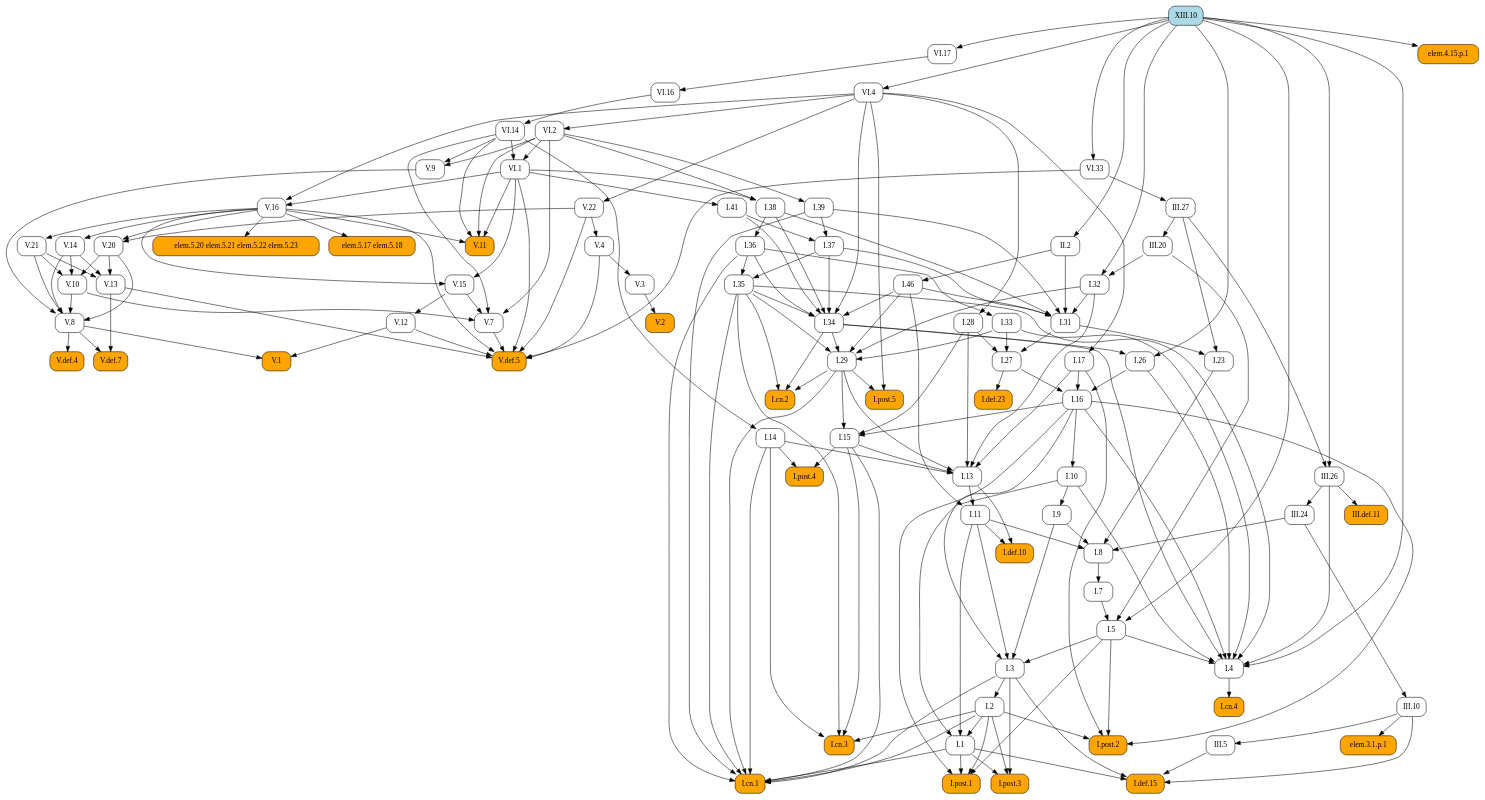
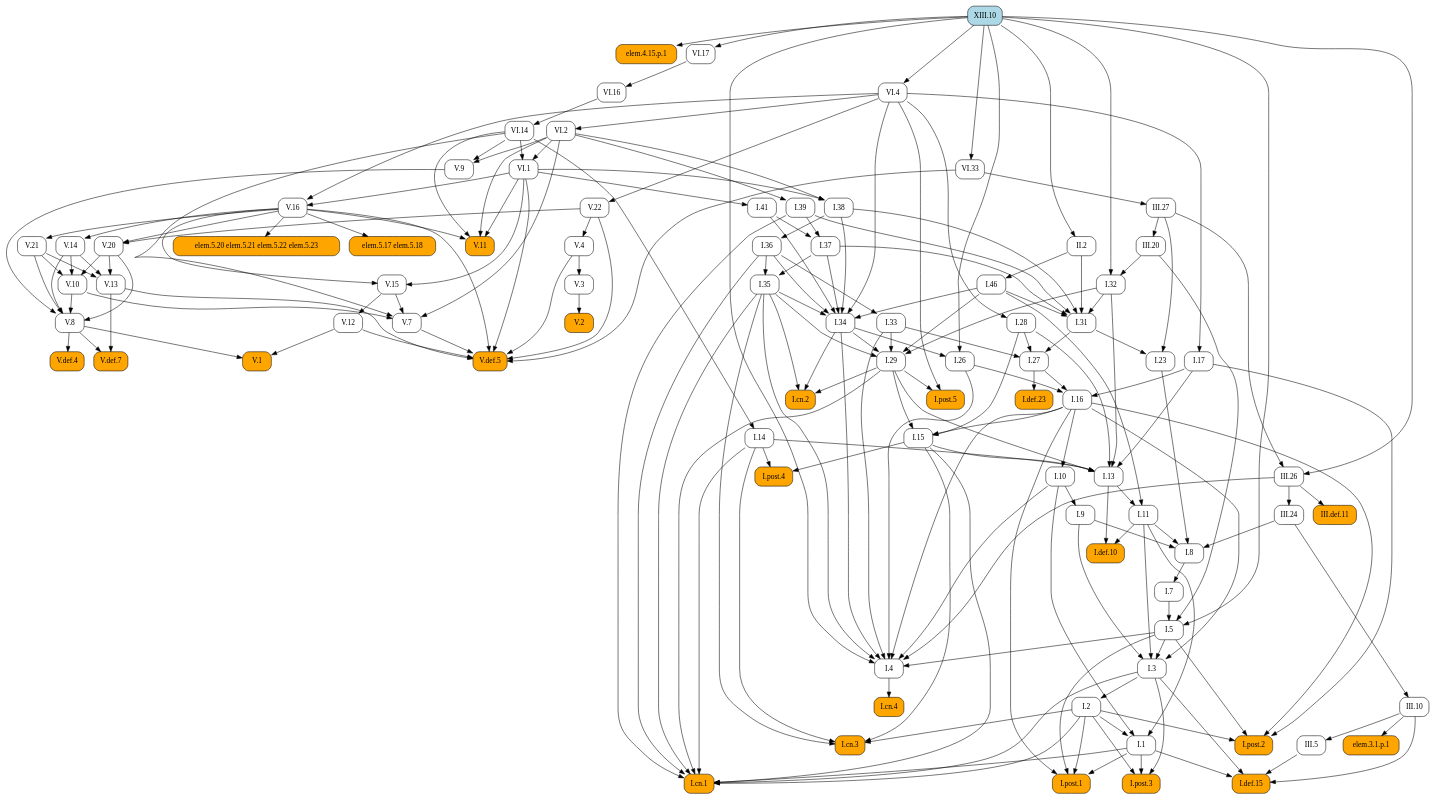
The diagram in docsrc/heath/XIII/10/index.rst (geometor/elements), drawn with Graphviz before and after one commit. The commit also changed other lines of this file and 1029 other files, not shown here.

```diff
--- a/docsrc/heath/XIII/10/index.rst
+++ b/docsrc/heath/XIII/10/index.rst
@@ -75,103 +75,144 @@
    digraph {
      rankdir="TB";
      node [shape=box, style=rounded];
+     "I.def.10" [style="rounded,filled", fillcolor=orange, URL="/heath/I/def.10/", target="_top"];
+     "I.11" [URL="/heath/I/11/", target="_top"];
+     "I.post.4" [style="rounded,filled", fillcolor=orange, URL="/heath/I/post.4/", target="_top"];
+     "I.28" [URL="/heath/I/28/", target="_top"];
+     "I.1" [URL="/heath/I/1/", target="_top"];
+     "elem.4.15.p.1" [style="rounded,filled", fillcolor=orange];
+     "V.def.5" [style="rounded,filled", fillcolor=orange, URL="/heath/V/def.5/", target="_top"];
+     "III.20" [URL="/heath/III/20/", target="_top"];
+     "V.13" [URL="/heath/V/13/", target="_top"];
+     "V.11" [style="rounded,filled", fillcolor=orange, URL="/heath/V/11/", target="_top"];
+     "III.def.11" [style="rounded,filled", fillcolor=orange, URL="/heath/III/def.11/", target="_top"];
+     "I.post.3" [style="rounded,filled", fillcolor=orange, URL="/heath/I/post.3/", target="_top"];
+     "VI.1" [URL="/heath/VI/1/", target="_top"];
+     "I.cn.3" [style="rounded,filled", fillcolor=orange, URL="/heath/I/cn.3/", target="_top"];
+     "I.14" [URL="/heath/I/14/", target="_top"];
+     "V.16" [URL="/heath/V/16/", target="_top"];
+     "VI.4" [URL="/heath/VI/4/", target="_top"];
+     "V.3" [URL="/heath/V/3/", target="_top"];
+     "VI.33" [URL="/heath/VI/33/", target="_top"];
+     "I.36" [URL="/heath/I/36/", target="_top"];
+     "V.8" [URL="/heath/V/8/", target="_top"];
+     "I.27" [URL="/heath/I/27/", target="_top"];
+     "I.41" [URL="/heath/I/41/", target="_top"];
+     "I.37" [URL="/heath/I/37/", target="_top"];
+     "I.34" [URL="/heath/I/34/", target="_top"];
+     "I.2" [URL="/heath/I/2/", target="_top"];
+     "I.def.23" [style="rounded,filled", fillcolor=orange, URL="/heath/I/def.23/", target="_top"];
+     "I.17" [URL="/heath/I/17/", target="_top"];
+     "I.33" [URL="/heath/I/33/", target="_top"];
+     "I.post.2" [style="rounded,filled", fillcolor=orange, URL="/heath/I/post.2/", target="_top"];
+     "elem.5.20 elem.5.21 elem.5.22 elem.5.23" [style="rounded,filled", fillcolor=orange];
+     "I.9" [URL="/heath/I/9/", target="_top"];
+     "I.32" [URL="/heath/I/32/", target="_top"];
+     "V.def.4" [style="rounded,filled", fillcolor=orange, URL="/heath/V/def.4/", target="_top"];
+     "I.cn.4" [style="rounded,filled", fillcolor=orange, URL="/heath/I/cn.4/", target="_top"];
+     "I.15" [URL="/heath/I/15/", target="_top"];
+     "I.38" [URL="/heath/I/38/", target="_top"];
+     "V.def.7" [style="rounded,filled", fillcolor=orange, URL="/heath/V/def.7/", target="_top"];
+     "I.5" [URL="/heath/I/5/", target="_top"];
+     "V.21" [URL="/heath/V/21/", target="_top"];
+     "III.5" [URL="/heath/III/5/", target="_top"];
+     "I.39" [URL="/heath/I/39/", target="_top"];
+     "I.26" [URL="/heath/I/26/", target="_top"];
+     "III.26" [URL="/heath/III/26/", target="_top"];
+     "V.14" [URL="/heath/V/14/", target="_top"];
+     "I.29" [URL="/heath/I/29/", target="_top"];
+     "elem.3.1.p.1" [style="rounded,filled", fillcolor=orange];
+     "V.12" [URL="/heath/V/12/", target="_top"];
+     "V.22" [URL="/heath/V/22/", target="_top"];
+     "I.cn.2" [style="rounded,filled", fillcolor=orange, URL="/heath/I/cn.2/", target="_top"];
+     "V.20" [URL="/heath/V/20/", target="_top"];
+     "V.10" [URL="/heath/V/10/", target="_top"];
+     "VI.2" [URL="/heath/VI/2/", target="_top"];
+     "I.def.15" [style="rounded,filled", fillcolor=orange, URL="/heath/I/def.15/", target="_top"];
+     "V.15" [URL="/heath/V/15/", target="_top"];
+     "I.cn.1" [style="rounded,filled", fillcolor=orange, URL="/heath/I/cn.1/", target="_top"];
+     "V.7" [URL="/heath/V/7/", target="_top"];
+     "VI.17" [URL="/heath/VI/17/", target="_top"];
+     "V.9" [URL="/heath/V/9/", target="_top"];
+     "I.23" [URL="/heath/I/23/", target="_top"];
+     "XIII.10" [style="rounded,filled", fillcolor=lightblue, URL="/heath/XIII/10/", target="_top"];
+     "I.post.1" [style="rounded,filled", fillcolor=orange, URL="/heath/I/post.1/", target="_top"];
+     "III.24" [URL="/heath/III/24/", target="_top"];
+     "I.35" [URL="/heath/I/35/", target="_top"];
+     "II.2" [URL="/heath/II/2/", target="_top"];
+     "I.46" [URL="/heath/I/46/", target="_top"];
+     "I.7" [URL="/heath/I/7/", target="_top"];
+     "I.3" [URL="/heath/I/3/", target="_top"];
+     "I.4" [URL="/heath/I/4/", target="_top"];
+     "I.13" [URL="/heath/I/13/", target="_top"];
+     "V.4" [URL="/heath/V/4/", target="_top"];
+     "I.31" [URL="/heath/I/31/", target="_top"];
      "V.1" [style="rounded,filled", fillcolor=orange, URL="/heath/V/1/", target="_top"];
-     "I.29" [URL="/heath/I/29/", target="_top"];
-     "I.7" [URL="/heath/I/7/", target="_top"];
-     "I.27" [URL="/heath/I/27/", target="_top"];
-     "I.def.23" [style="rounded,filled", fillcolor=orange, URL="/heath/I/def.23/", target="_top"];
-     "V.20" [URL="/heath/V/20/", target="_top"];
-     "I.34" [URL="/heath/I/34/", target="_top"];
+     "I.16" [URL="/heath/I/16/", target="_top"];
+     "III.10" [URL="/heath/III/10/", target="_top"];
+     "elem.5.17 elem.5.18" [style="rounded,filled", fillcolor=orange];
+     "III.27" [URL="/heath/III/27/", target="_top"];
      "I.8" [URL="/heath/I/8/", target="_top"];
+     "VI.16" [URL="/heath/VI/16/", target="_top"];
+     "VI.14" [URL="/heath/VI/14/", target="_top"];
      "V.2" [style="rounded,filled", fillcolor=orange, URL="/heath/V/2/", target="_top"];
-     "III.10" [URL="/heath/III/10/", target="_top"];
-     "I.9" [URL="/heath/I/9/", target="_top"];
-     "V.22" [URL="/heath/V/22/", target="_top"];
-     "III.20" [URL="/heath/III/20/", target="_top"];
-     "I.post.4" [style="rounded,filled", fillcolor=orange, URL="/heath/I/post.4/", target="_top"];
-     "I.2" [URL="/heath/I/2/", target="_top"];
-     "V.4" [URL="/heath/V/4/", target="_top"];
-     "I.28" [URL="/heath/I/28/", target="_top"];
-     "III.27" [URL="/heath/III/27/", target="_top"];
-     "VI.14" [URL="/heath/VI/14/", target="_top"];
-     "VI.4" [URL="/heath/VI/4/", target="_top"];
-     "I.cn.4" [style="rounded,filled", fillcolor=orange, URL="/heath/I/cn.4/", target="_top"];
-     "VI.2" [URL="/heath/VI/2/", target="_top"];
-     "elem.5.20 elem.5.21 elem.5.22 elem.5.23" [style="rounded,filled", fillcolor=orange];
-     "I.23" [URL="/heath/I/23/", target="_top"];
-     "I.13" [URL="/heath/I/13/", target="_top"];
-     "I.5" [URL="/heath/I/5/", target="_top"];
-     "I.11" [URL="/heath/I/11/", target="_top"];
-     "I.4" [URL="/heath/I/4/", target="_top"];
-     "I.def.10" [style="rounded,filled", fillcolor=orange, URL="/heath/I/def.10/", target="_top"];
-     "I.46" [URL="/heath/I/46/", target="_top"];
-     "III.24" [URL="/heath/III/24/", target="_top"];
-     "I.post.3" [style="rounded,filled", fillcolor=orange, URL="/heath/I/post.3/", target="_top"];
-     "V.9" [URL="/heath/V/9/", target="_top"];
-     "elem.5.17 elem.5.18" [style="rounded,filled", fillcolor=orange];
-     "V.3" [URL="/heath/V/3/", target="_top"];
-     "I.36" [URL="/heath/I/36/", target="_top"];
-     "V.12" [URL="/heath/V/12/", target="_top"];
-     "I.15" [URL="/heath/I/15/", target="_top"];
-     "I.17" [URL="/heath/I/17/", target="_top"];
-     "I.32" [URL="/heath/I/32/", target="_top"];
-     "I.41" [URL="/heath/I/41/", target="_top"];
-     "V.def.5" [style="rounded,filled", fillcolor=orange, URL="/heath/V/def.5/", target="_top"];
-     "I.cn.3" [style="rounded,filled", fillcolor=orange, URL="/heath/I/cn.3/", target="_top"];
-     "III.def.11" [style="rounded,filled", fillcolor=orange, URL="/heath/III/def.11/", target="_top"];
-     "I.38" [URL="/heath/I/38/", target="_top"];
-     "V.16" [URL="/heath/V/16/", target="_top"];
-     "V.15" [URL="/heath/V/15/", target="_top"];
-     "V.def.4" [style="rounded,filled", fillcolor=orange, URL="/heath/V/def.4/", target="_top"];
-     "V.21" [URL="/heath/V/21/", target="_top"];
-     "V.8" [URL="/heath/V/8/", target="_top"];
-     "V.7" [URL="/heath/V/7/", target="_top"];
-     "I.def.15" [style="rounded,filled", fillcolor=orange, URL="/heath/I/def.15/", target="_top"];
-     "I.1" [URL="/heath/I/1/", target="_top"];
-     "I.post.1" [style="rounded,filled", fillcolor=orange, URL="/heath/I/post.1/", target="_top"];
-     "V.13" [URL="/heath/V/13/", target="_top"];
-     "VI.17" [URL="/heath/VI/17/", target="_top"];
-     "I.26" [URL="/heath/I/26/", target="_top"];
-     "I.33" [URL="/heath/I/33/", target="_top"];
-     "elem.3.1.p.1" [style="rounded,filled", fillcolor=orange];
-     "VI.33" [URL="/heath/VI/33/", target="_top"];
-     "V.def.7" [style="rounded,filled", fillcolor=orange, URL="/heath/V/def.7/", target="_top"];
-     "I.39" [URL="/heath/I/39/", target="_top"];
-     "III.5" [URL="/heath/III/5/", target="_top"];
-     "I.cn.2" [style="rounded,filled", fillcolor=orange, URL="/heath/I/cn.2/", target="_top"];
-     "V.10" [URL="/heath/V/10/", target="_top"];
+     "I.post.5" [style="rounded,filled", fillcolor=orange, URL="/heath/I/post.5/", target="_top"];
      "I.10" [URL="/heath/I/10/", target="_top"];
-     "I.3" [URL="/heath/I/3/", target="_top"];
-     "I.16" [URL="/heath/I/16/", target="_top"];
-     "III.26" [URL="/heath/III/26/", target="_top"];
-     "VI.16" [URL="/heath/VI/16/", target="_top"];
-     "I.31" [URL="/heath/I/31/", target="_top"];
-     "XIII.10" [style="rounded,filled", fillcolor=lightblue, URL="/heath/XIII/10/", target="_top"];
-     "V.11" [style="rounded,filled", fillcolor=orange, URL="/heath/V/11/", target="_top"];
-     "I.post.2" [style="rounded,filled", fillcolor=orange, URL="/heath/I/post.2/", target="_top"];
-     "I.post.5" [style="rounded,filled", fillcolor=orange, URL="/heath/I/post.5/", target="_top"];
-     "VI.1" [URL="/heath/VI/1/", target="_top"];
-     "II.2" [URL="/heath/II/2/", target="_top"];
-     "I.14" [URL="/heath/I/14/", target="_top"];
-     "I.35" [URL="/heath/I/35/", target="_top"];
-     "I.cn.1" [style="rounded,filled", fillcolor=orange, URL="/heath/I/cn.1/", target="_top"];
-     "elem.4.15.p.1" [style="rounded,filled", fillcolor=orange];
-     "I.37" [URL="/heath/I/37/", target="_top"];
-     "V.14" [URL="/heath/V/14/", target="_top"];
-     "V.8" -> "V.1";
-     "V.12" -> "V.1";
-     "I.32" -> "I.29";
-     "I.33" -> "I.29";
-     "I.34" -> "I.29";
-     "I.35" -> "I.29";
-     "I.46" -> "I.29";
-     "I.8" -> "I.7";
+     "I.11" -> "I.def.10";
+     "I.13" -> "I.def.10";
+     "I.13" -> "I.11";
+     "I.46" -> "I.11";
+     "I.14" -> "I.post.4";
+     "I.15" -> "I.post.4";
+     "VI.4" -> "I.28";
+     "I.2" -> "I.1";
+     "I.10" -> "I.1";
+     "I.11" -> "I.1";
+     "XIII.10" -> "elem.4.15.p.1";
+     "V.4" -> "V.def.5";
+     "V.7" -> "V.def.5";
+     "V.12" -> "V.def.5";
+     "V.13" -> "V.def.5";
+     "V.16" -> "V.def.5";
+     "V.22" -> "V.def.5";
+     "VI.1" -> "V.def.5";
+     "VI.33" -> "V.def.5";
+     "III.27" -> "III.20";
+     "V.14" -> "V.13";
+     "V.20" -> "V.13";
+     "V.21" -> "V.13";
+     "V.16" -> "V.11";
+     "VI.1" -> "V.11";
+     "VI.2" -> "V.11";
+     "VI.14" -> "V.11";
+     "III.26" -> "III.def.11";
+     "I.1" -> "I.post.3";
+     "I.2" -> "I.post.3";
+     "I.3" -> "I.post.3";
+     "VI.2" -> "VI.1";
+     "VI.14" -> "VI.1";
+     "I.2" -> "I.cn.3";
+     "I.14" -> "I.cn.3";
+     "I.15" -> "I.cn.3";
+     "I.35" -> "I.cn.3";
+     "VI.14" -> "I.14";
+     "VI.1" -> "V.16";
+     "VI.4" -> "V.16";
+     "XIII.10" -> "VI.4";
+     "V.4" -> "V.3";
+     "XIII.10" -> "VI.33";
+     "I.38" -> "I.36";
+     "V.9" -> "V.8";
+     "V.10" -> "V.8";
+     "V.14" -> "V.8";
+     "V.20" -> "V.8";
+     "V.21" -> "V.8";
      "I.28" -> "I.27";
      "I.31" -> "I.27";
      "I.33" -> "I.27";
-     "I.27" -> "I.def.23";
-     "V.16" -> "V.20";
-     "V.22" -> "V.20";
+     "VI.1" -> "I.41";
+     "I.39" -> "I.37";
+     "I.41" -> "I.37";
      "I.35" -> "I.34";
      "I.36" -> "I.34";
      "I.37" -> "I.34";
@@ -179,39 +220,93 @@
      "I.41" -> "I.34";
      "I.46" -> "I.34";
      "VI.4" -> "I.34";
-     "I.9" -> "I.8";
-     "I.11" -> "I.8";
-     "I.23" -> "I.8";
-     "III.24" -> "I.8";
-     "V.3" -> "V.2";
-     "III.24" -> "III.10";
+     "I.3" -> "I.2";
+     "I.27" -> "I.def.23";
+     "VI.4" -> "I.17";
+     "I.36" -> "I.33";
+     "I.2" -> "I.post.2";
+     "I.5" -> "I.post.2";
+     "I.16" -> "I.post.2";
+     "I.17" -> "I.post.2";
+     "V.16" -> "elem.5.20 elem.5.21 elem.5.22 elem.5.23";
      "I.10" -> "I.9";
-     "VI.4" -> "V.22";
-     "III.27" -> "III.20";
-     "I.14" -> "I.post.4";
-     "I.15" -> "I.post.4";
-     "I.3" -> "I.2";
-     "V.22" -> "V.4";
-     "VI.4" -> "I.28";
-     "VI.33" -> "III.27";
-     "VI.16" -> "VI.14";
-     "XIII.10" -> "VI.4";
+     "III.20" -> "I.32";
+     "XIII.10" -> "I.32";
+     "V.8" -> "V.def.4";
      "I.4" -> "I.cn.4";
-     "VI.4" -> "VI.2";
-     "V.16" -> "elem.5.20 elem.5.21 elem.5.22 elem.5.23";
-     "I.31" -> "I.23";
-     "III.27" -> "I.23";
-     "I.14" -> "I.13";
-     "I.15" -> "I.13";
-     "I.17" -> "I.13";
-     "I.28" -> "I.13";
-     "I.29" -> "I.13";
-     "I.32" -> "I.13";
+     "I.16" -> "I.15";
+     "I.28" -> "I.15";
+     "I.29" -> "I.15";
+     "VI.1" -> "I.38";
+     "VI.2" -> "I.38";
+     "V.8" -> "V.def.7";
+     "V.13" -> "V.def.7";
      "I.7" -> "I.5";
      "III.20" -> "I.5";
      "XIII.10" -> "I.5";
-     "I.13" -> "I.11";
-     "I.46" -> "I.11";
+     "V.16" -> "V.21";
+     "III.10" -> "III.5";
+     "VI.2" -> "I.39";
+     "I.34" -> "I.26";
+     "XIII.10" -> "I.26";
+     "III.27" -> "III.26";
+     "XIII.10" -> "III.26";
+     "V.16" -> "V.14";
+     "I.32" -> "I.29";
+     "I.33" -> "I.29";
+     "I.34" -> "I.29";
+     "I.35" -> "I.29";
+     "I.46" -> "I.29";
+     "III.10" -> "elem.3.1.p.1";
+     "V.15" -> "V.12";
+     "VI.4" -> "V.22";
+     "I.29" -> "I.cn.2";
+     "I.34" -> "I.cn.2";
+     "I.35" -> "I.cn.2";
+     "V.16" -> "V.20";
+     "V.22" -> "V.20";
+     "V.14" -> "V.10";
+     "V.20" -> "V.10";
+     "V.21" -> "V.10";
+     "VI.4" -> "VI.2";
+     "I.1" -> "I.def.15";
+     "I.3" -> "I.def.15";
+     "III.5" -> "I.def.15";
+     "III.10" -> "I.def.15";
+     "V.16" -> "V.15";
+     "VI.1" -> "V.15";
+     "I.1" -> "I.cn.1";
+     "I.2" -> "I.cn.1";
+     "I.3" -> "I.cn.1";
+     "I.14" -> "I.cn.1";
+     "I.15" -> "I.cn.1";
+     "I.29" -> "I.cn.1";
+     "I.35" -> "I.cn.1";
+     "I.36" -> "I.cn.1";
+     "I.39" -> "I.cn.1";
+     "V.10" -> "V.7";
+     "V.15" -> "V.7";
+     "VI.2" -> "V.7";
+     "VI.14" -> "V.7";
+     "XIII.10" -> "VI.17";
+     "VI.2" -> "V.9";
+     "VI.14" -> "V.9";
+     "I.31" -> "I.23";
+     "III.27" -> "I.23";
+     "I.1" -> "I.post.1";
+     "I.2" -> "I.post.1";
+     "I.5" -> "I.post.1";
+     "I.16" -> "I.post.1";
+     "III.26" -> "III.24";
+     "I.36" -> "I.35";
+     "I.37" -> "I.35";
+     "XIII.10" -> "II.2";
+     "II.2" -> "I.46";
+     "I.8" -> "I.7";
+     "I.5" -> "I.3";
+     "I.9" -> "I.3";
+     "I.11" -> "I.3";
+     "I.16" -> "I.3";
      "I.5" -> "I.4";
      "I.10" -> "I.4";
      "I.16" -> "I.4";
@@ -221,130 +316,35 @@
      "I.35" -> "I.4";
      "III.26" -> "I.4";
      "XIII.10" -> "I.4";
-     "I.11" -> "I.def.10";
-     "I.13" -> "I.def.10";
-     "II.2" -> "I.46";
-     "III.26" -> "III.24";
-     "I.1" -> "I.post.3";
-     "I.2" -> "I.post.3";
-     "I.3" -> "I.post.3";
-     "VI.2" -> "V.9";
-     "VI.14" -> "V.9";
-     "V.16" -> "elem.5.17 elem.5.18";
-     "V.4" -> "V.3";
-     "I.38" -> "I.36";
-     "V.15" -> "V.12";
-     "I.16" -> "I.15";
-     "I.28" -> "I.15";
-     "I.29" -> "I.15";
-     "VI.4" -> "I.17";
-     "III.20" -> "I.32";
-     "XIII.10" -> "I.32";
-     "VI.1" -> "I.41";
-     "V.4" -> "V.def.5";
-     "V.7" -> "V.def.5";
-     "V.12" -> "V.def.5";
-     "V.13" -> "V.def.5";
-     "V.16" -> "V.def.5";
-     "V.22" -> "V.def.5";
-     "VI.1" -> "V.def.5";
-     "VI.33" -> "V.def.5";
-     "I.2" -> "I.cn.3";
-     "I.14" -> "I.cn.3";
-     "I.15" -> "I.cn.3";
-     "I.35" -> "I.cn.3";
-     "III.26" -> "III.def.11";
-     "VI.1" -> "I.38";
-     "VI.2" -> "I.38";
-     "VI.1" -> "V.16";
-     "VI.4" -> "V.16";
-     "V.16" -> "V.15";
-     "VI.1" -> "V.15";
-     "V.8" -> "V.def.4";
-     "V.16" -> "V.21";
-     "V.9" -> "V.8";
-     "V.10" -> "V.8";
-     "V.14" -> "V.8";
-     "V.20" -> "V.8";
-     "V.21" -> "V.8";
-     "V.10" -> "V.7";
-     "V.15" -> "V.7";
-     "VI.2" -> "V.7";
-     "VI.14" -> "V.7";
-     "I.1" -> "I.def.15";
-     "I.3" -> "I.def.15";
-     "III.5" -> "I.def.15";
-     "III.10" -> "I.def.15";
-     "I.2" -> "I.1";
-     "I.10" -> "I.1";
-     "I.11" -> "I.1";
-     "I.1" -> "I.post.1";
-     "I.2" -> "I.post.1";
-     "I.5" -> "I.post.1";
-     "I.16" -> "I.post.1";
-     "V.14" -> "V.13";
-     "V.20" -> "V.13";
-     "V.21" -> "V.13";
-     "XIII.10" -> "VI.17";
-     "I.34" -> "I.26";
-     "XIII.10" -> "I.26";
-     "I.36" -> "I.33";
-     "III.10" -> "elem.3.1.p.1";
-     "XIII.10" -> "VI.33";
-     "V.8" -> "V.def.7";
-     "V.13" -> "V.def.7";
-     "VI.2" -> "I.39";
-     "III.10" -> "III.5";
-     "I.29" -> "I.cn.2";
-     "I.34" -> "I.cn.2";
-     "I.35" -> "I.cn.2";
-     "V.14" -> "V.10";
-     "V.20" -> "V.10";
-     "V.21" -> "V.10";
-     "I.16" -> "I.10";
-     "I.5" -> "I.3";
-     "I.9" -> "I.3";
-     "I.11" -> "I.3";
-     "I.16" -> "I.3";
-     "I.17" -> "I.16";
-     "I.26" -> "I.16";
-     "I.27" -> "I.16";
-     "III.27" -> "III.26";
-     "XIII.10" -> "III.26";
-     "VI.17" -> "VI.16";
+     "I.14" -> "I.13";
+     "I.15" -> "I.13";
+     "I.17" -> "I.13";
+     "I.28" -> "I.13";
+     "I.29" -> "I.13";
+     "I.32" -> "I.13";
+     "V.22" -> "V.4";
      "I.32" -> "I.31";
      "I.37" -> "I.31";
      "I.38" -> "I.31";
      "I.39" -> "I.31";
      "I.46" -> "I.31";
      "II.2" -> "I.31";
-     "V.16" -> "V.11";
-     "VI.1" -> "V.11";
-     "VI.2" -> "V.11";
-     "VI.14" -> "V.11";
-     "I.2" -> "I.post.2";
-     "I.5" -> "I.post.2";
-     "I.16" -> "I.post.2";
-     "I.17" -> "I.post.2";
+     "V.8" -> "V.1";
+     "V.12" -> "V.1";
+     "I.17" -> "I.16";
+     "I.26" -> "I.16";
+     "I.27" -> "I.16";
+     "III.24" -> "III.10";
+     "V.16" -> "elem.5.17 elem.5.18";
+     "VI.33" -> "III.27";
+     "I.9" -> "I.8";
+     "I.11" -> "I.8";
+     "I.23" -> "I.8";
+     "III.24" -> "I.8";
+     "VI.17" -> "VI.16";
+     "VI.16" -> "VI.14";
+     "V.3" -> "V.2";
      "I.29" -> "I.post.5";
      "VI.4" -> "I.post.5";
-     "VI.2" -> "VI.1";
-     "VI.14" -> "VI.1";
-     "XIII.10" -> "II.2";
-     "VI.14" -> "I.14";
-     "I.36" -> "I.35";
-     "I.37" -> "I.35";
-     "I.1" -> "I.cn.1";
-     "I.2" -> "I.cn.1";
-     "I.3" -> "I.cn.1";
-     "I.14" -> "I.cn.1";
-     "I.15" -> "I.cn.1";
-     "I.29" -> "I.cn.1";
-     "I.35" -> "I.cn.1";
-     "I.36" -> "I.cn.1";
-     "I.39" -> "I.cn.1";
-     "XIII.10" -> "elem.4.15.p.1";
-     "I.39" -> "I.37";
-     "I.41" -> "I.37";
-     "V.16" -> "V.14";
+     "I.16" -> "I.10";
    }
```
